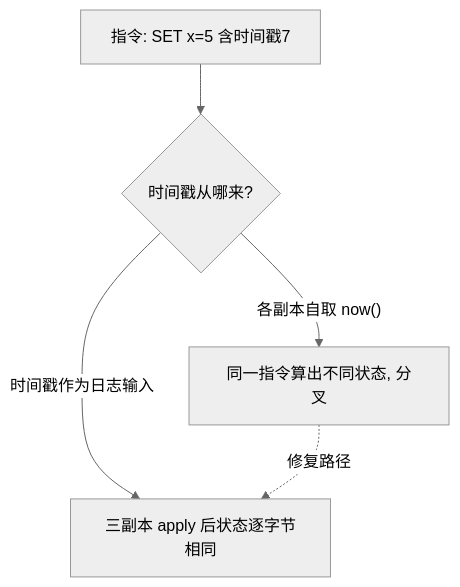
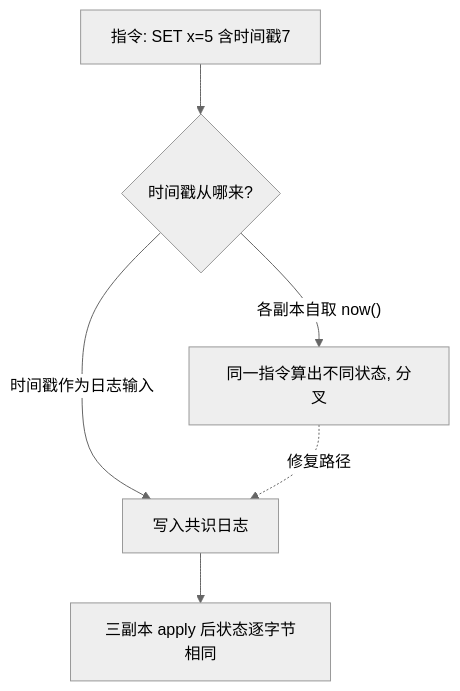
Before and after one commit to xhongduo-tech/xhongduo-tech.github.io: the second of 2 diagrams in docs/cs/replicated-state-machine.md, drawn with Mermaid (neutral theme). The commit also changed 6 other files, not shown here.

Commit message:
Finish enhancing cs-enh-084 with second diagrams and beginner marginnotes.

````diff
--- a/docs/cs/replicated-state-machine.md
+++ b/docs/cs/replicated-state-machine.md
@@ -47,7 +47,8 @@
 ```mermaid
 flowchart TD
   O["指令: SET x=5 含时间戳7"] --> NQ{"时间戳从哪来?"}
   NQ -- "各副本自取 now()" --> BUG["同一指令算出不同状态, 分叉"]
-  NQ -- "时间戳作为日志输入" --> OK["三副本 apply 后状态逐字节相同"]
-  BUG -.修复路径.-> OK
+  NQ -- "时间戳作为日志输入" --> LOG["写入共识日志"]
+  LOG --> OK["三副本 apply 后状态逐字节相同"]
+  BUG -.修复路径.-> LOG
 ```
````
